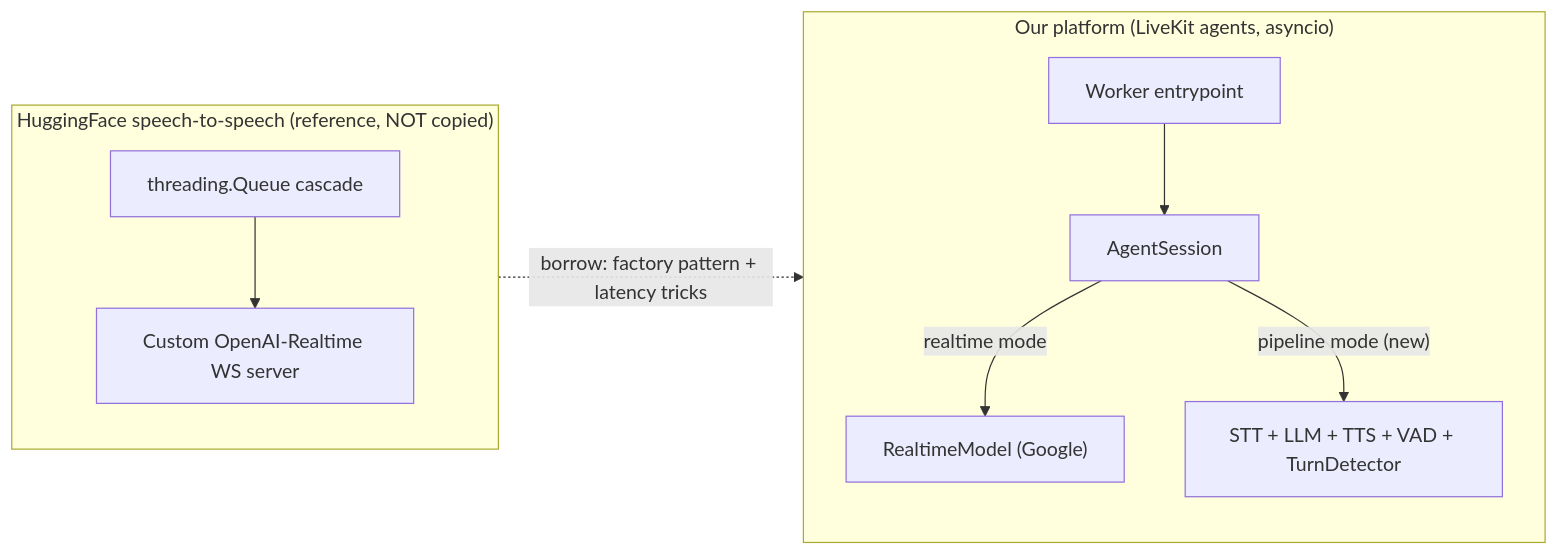
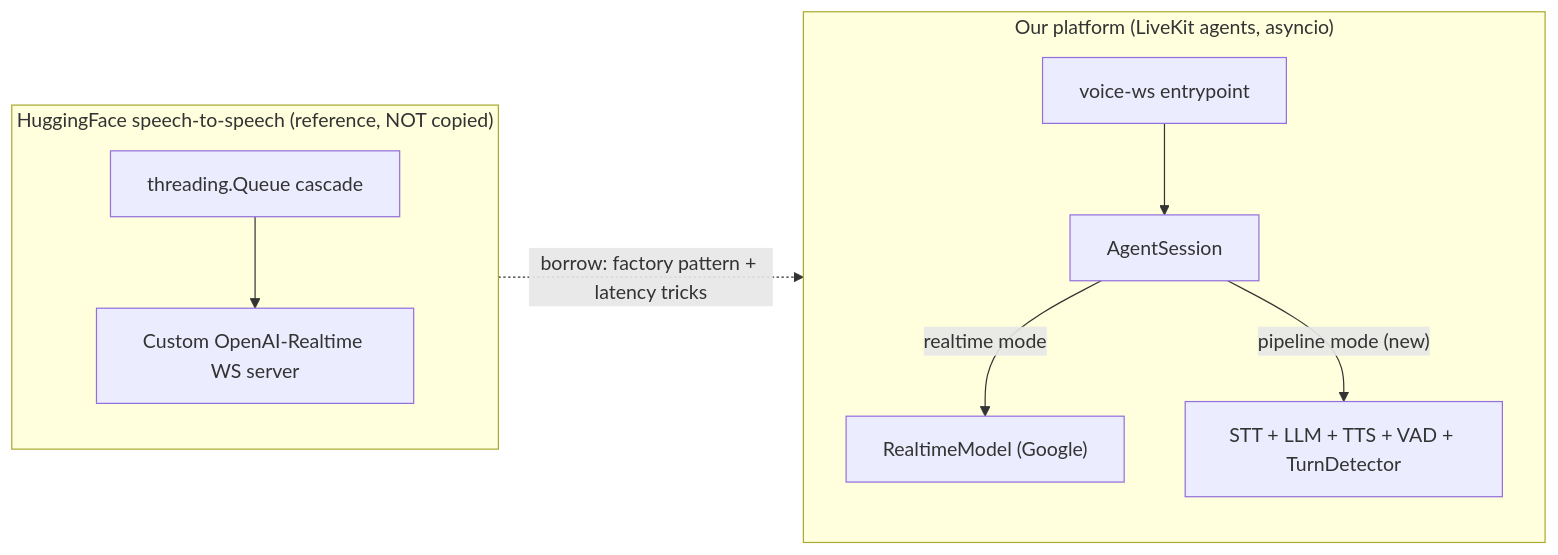
One commit to gauravdhiman/a1-voice-agent-platform changed the first of 9 diagrams in docs/01_architecture/voice_engine_pipeline_design.md. Above: the diagram before and after it, drawn with Mermaid. The commit also changed other lines of this file and 163 other files, not shown here.

Commit message:
feat(voice): remove LiveKit worker; Pipecat voice-ws is the only voice runtime

````diff
--- a/docs/01_architecture/voice_engine_pipeline_design.md
+++ b/docs/01_architecture/voice_engine_pipeline_design.md
@@ -72,12 +79,12 @@
 ```mermaid
 flowchart LR
     subgraph HF["HuggingFace speech-to-speech (reference, NOT copied)"]
         A1["threading.Queue cascade"] --> A2["Custom OpenAI-Realtime WS server"]
     end
     subgraph Us["Our platform (LiveKit agents, asyncio)"]
-        B1["Worker entrypoint"] --> B2["AgentSession"]
+        B1["voice-ws entrypoint"] --> B2["AgentSession"]
         B2 -->|"realtime mode"| B3["RealtimeModel (Google)"]
         B2 -->|"pipeline mode (new)"| B4["STT + LLM + TTS + VAD + TurnDetector"]
     end
     HF -. "borrow: factory pattern + latency tricks" .-> Us
 ```
````
